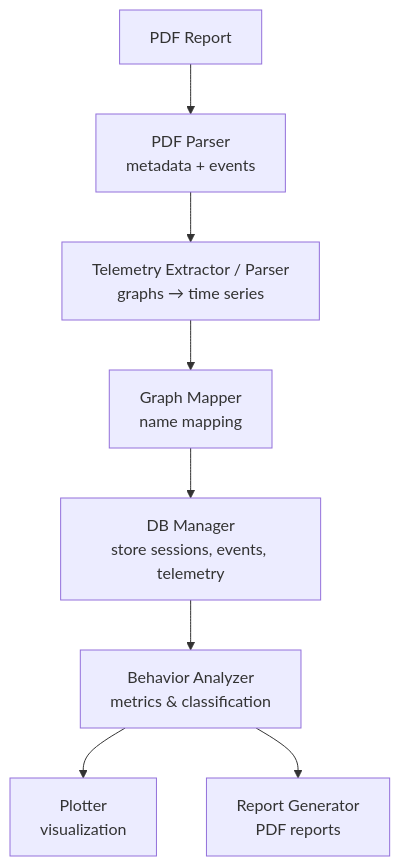
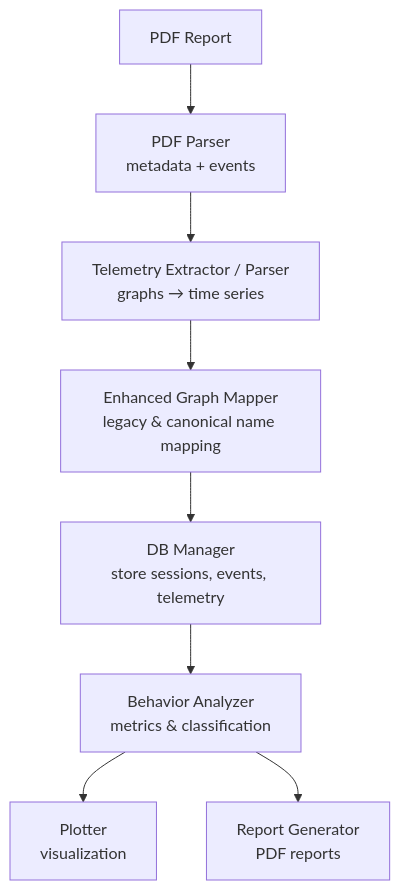
Before and after one commit to AgusCatra/Proyecto-titan.v2: the first of 7 diagrams in .qoder/repowiki/en/content/Core Processing Engine/Telemetry Processing.md, drawn with Mermaid. The commit also changed other lines of this file and 36 other files, not shown here.

````diff
--- a/.qoder/repowiki/en/content/Core Processing Engine/Telemetry Processing.md
+++ b/.qoder/repowiki/en/content/Core Processing Engine/Telemetry Processing.md
@@ -48,10 +57,10 @@
 ```mermaid
 graph TB
 A["PDF Report"] --> B["PDF Parser<br/>metadata + events"]
 B --> C["Telemetry Extractor / Parser<br/>graphs → time series"]
-C --> D["Graph Mapper<br/>name mapping"]
+C --> D["Enhanced Graph Mapper<br/>legacy & canonical name mapping"]
 D --> E["DB Manager<br/>store sessions, events, telemetry"]
 E --> F["Behavior Analyzer<br/>metrics & classification"]
 F --> G["Plotter<br/>visualization"]
 F --> H["Report Generator<br/>PDF reports"]
 ```
````
